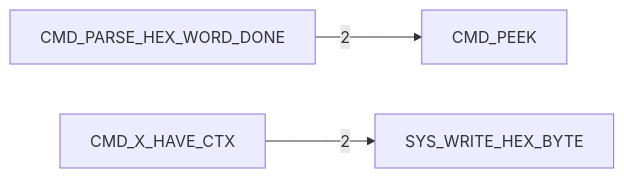
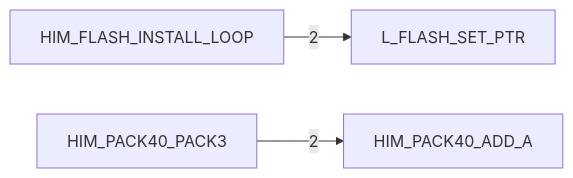
One commit to 95westus/R-YORS changed the fifth of 6 diagrams in DOC/GENERATED/HIMON_ROUTINE_TREE.md. Above: the diagram before and after it, drawn with Mermaid. The commit also changed other lines of this file and 65 other files, not shown here.

````diff
--- a/DOC/GENERATED/HIMON_ROUTINE_TREE.md
+++ b/DOC/GENERATED/HIMON_ROUTINE_TREE.md
@@ -80,5 +80,5 @@
 ```mermaid
 flowchart LR
-    N_CMD_PARSE_HEX_WORD_DONE[CMD_PARSE_HEX_WORD_DONE] -->|2| N_CMD_PEEK[CMD_PEEK]
-    N_CMD_X_HAVE_CTX[CMD_X_HAVE_CTX] -->|2| N_SYS_WRITE_HEX_BYTE[SYS_WRITE_HEX_BYTE]
+    N_HIM_FLASH_INSTALL_LOOP[HIM_FLASH_INSTALL_LOOP] -->|2| N_L_FLASH_SET_PTR[L_FLASH_SET_PTR]
+    N_HIM_PACK40_PACK3[HIM_PACK40_PACK3] -->|2| N_HIM_PACK40_ADD_A[HIM_PACK40_ADD_A]
 ```
````
